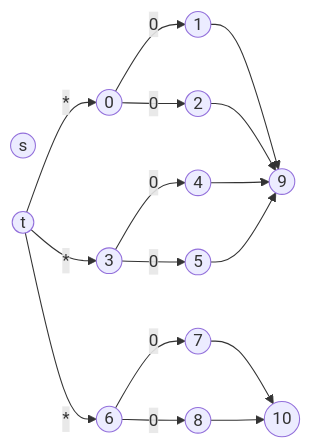
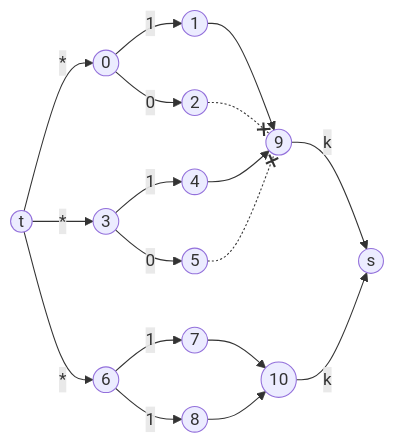
Before and after one commit to bfeitknecht/vault: the third of 3 diagrams in sem2/AuW/PV/cx/tour-de-suisse.md, drawn with Mermaid.

Commit message:
backup: 2024-07-01 23:56:42 from MacBook Pro (echo)
Affected files:
sem2/AuW/PV/cx/tour-de-suisse.md

````diff
--- a/sem2/AuW/PV/cx/tour-de-suisse.md
+++ b/sem2/AuW/PV/cx/tour-de-suisse.md
@@ -160,41 +160,47 @@
 ```mermaid
 flowchart LR
 
 idS((s))
 idT((t))
 
 ids0((0))
 ids1((3))
 ids2((6))
 
 ids0p1((1))
 ids0p2((2))
 
 ids1p1((4))
 ids1p2((5))
 
 ids2p1((7))
 ids2p2((8))
 
 idb0((9))
 idb1((10))
 
 %%%%%%%%%%%%%%%%%%%%%%%%%%%%%%%%%%%%%%
 
 idT -->|"*"| ids0 & ids1 & ids2
 
-ids0 -->|"0"| ids0p1
+ids0 -->|"1"| ids0p1
 ids0 -->|"0"| ids0p2
 
-ids1 -->|"0"| ids1p1
+ids1 -->|"1"| ids1p1
 ids1 -->|"0"| ids1p2
 
-ids2 -->|"0"| ids2p1
-ids2 -->|"0"| ids2p2
+ids2 -->|"1"| ids2p1
+ids2 -->|"1"| ids2p2
 
-ids0p1 & ids0p2 --> idb0
-ids1p1 & ids1p2 --> idb0
+ids0p1 --> idb0
+ids0p2 -.-x idb0
+
+ids1p1 --> idb0
+ids1p2 -.-x idb0
 
 ids2p1 & ids2p2 --> idb1
 
+
+idb0 & idb1 -->|"k"| idS
+
 ```
````
